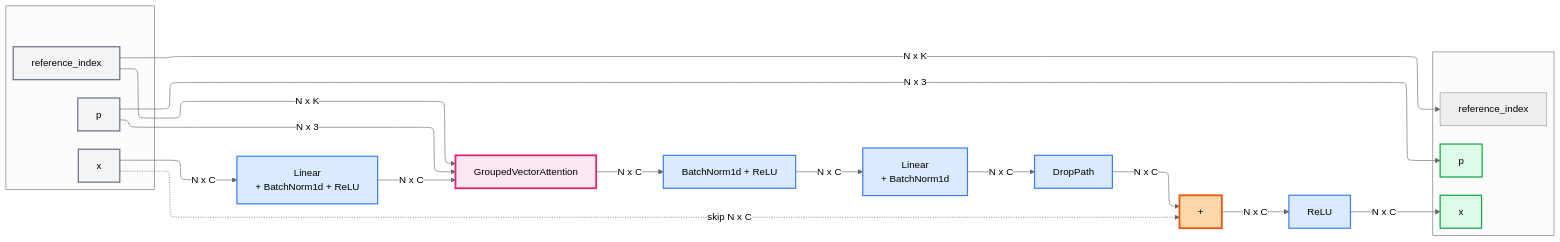
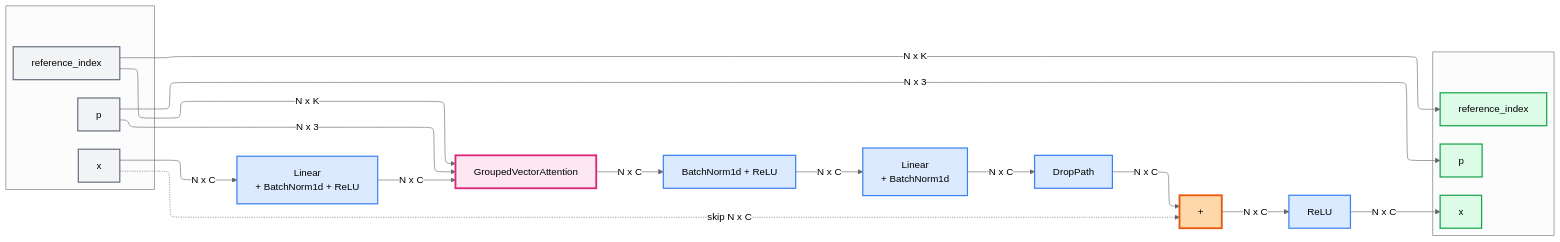
One commit to antoineach/antoineach.github.io changed the diagram in assets/img/poinTransformerV2/block.md. Above: the diagram before and after it, drawn with Mermaid (neutral theme).

````diff
--- a/assets/img/poinTransformerV2/block.md
+++ b/assets/img/poinTransformerV2/block.md
@@ -1,57 +1,58 @@
 ```mermaid
 ---
 config:
   layout: elk
 ---
 graph LR
     subgraph InputPXO[" "]
         p["p"]
         x["x"]
         ref["reference_index"]
     end
     
     x -->|N x C| FC1["Linear<br>+ BatchNorm1d + ReLU"]
     
     FC1 -->|N x C| GVA["GroupedVectorAttention"]
     
     p -->|N x 3| GVA
     ref -->|N x K| GVA
     
     GVA -->|N x C| Norm2["BatchNorm1d + ReLU"]
     Norm2 -->|N x C| FC3["Linear<br>+ BatchNorm1d"]
     
     FC3 -->|N x C| DropPath["DropPath"]
     DropPath -->|N x C| Add["+"]
     x -.skip N x C.-> Add
     
     Add -->|N x C| ReLU["ReLU"]
     
     subgraph OutputPXO[" "]
         pout["p"]
         xout["x"]
         oout["reference_index"]
     end
     
     p -->|N x 3| pout
     ReLU -->|N x C| xout
 
     ref -->|N x K| oout
     
     style p fill:#f3f4f6,stroke:#6b7280,stroke-width:2px
     style x fill:#f3f4f6,stroke:#6b7280,stroke-width:2px
     style ref fill:#f3f4f6,stroke:#6b7280,stroke-width:2px
     
     style FC1 fill:#dbeafe,stroke:#3b82f6,stroke-width:2px
     
     style GVA fill:#fce7f3,stroke:#db2777,stroke-width:3px
     
     style Norm2 fill:#dbeafe,stroke:#3b82f6,stroke-width:2px
     style FC3 fill:#dbeafe,stroke:#3b82f6,stroke-width:2px
     style DropPath fill:#dbeafe,stroke:#3b82f6,stroke-width:2px
     
     style Add fill:#fed7aa,stroke:#ea580c,stroke-width:3px
     style ReLU fill:#dbeafe,stroke:#3b82f6,stroke-width:2px
     
     style pout fill:#dcfce7,stroke:#16a34a,stroke-width:2px
     style xout fill:#dcfce7,stroke:#16a34a,stroke-width:2px
+    style oout fill:#dcfce7,stroke:#16a34a,stroke-width:2px
 ```
````
